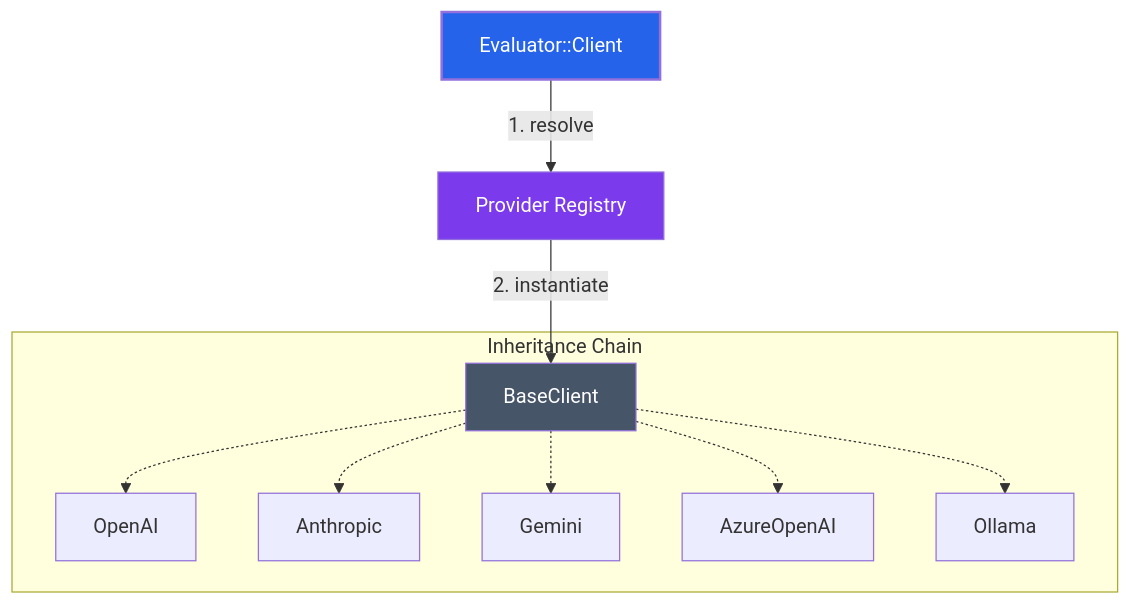
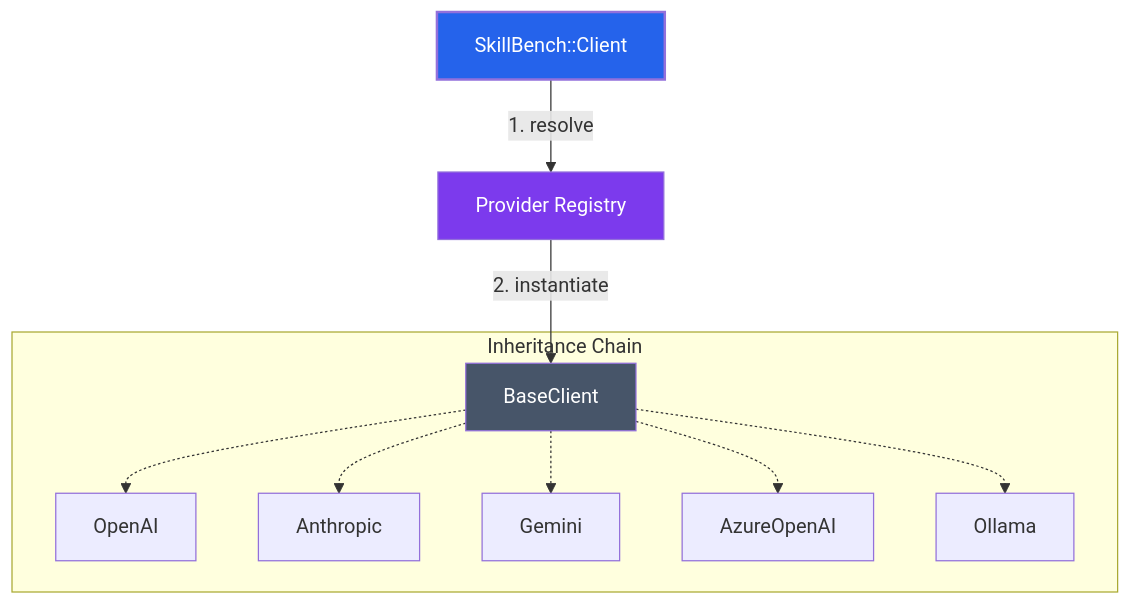
The diagram in lib/skill_bench/clients/README.md (igmarin/ruby-skill-bench), drawn with Mermaid before and after one commit. The commit also changed other lines of this file and 9 other files, not shown here.

````diff
--- a/lib/skill_bench/clients/README.md
+++ b/lib/skill_bench/clients/README.md
@@ -12,31 +12,31 @@
 ```mermaid
 graph TD
     %% Nodes
-    Dispatcher[Evaluator::Client]
+    Dispatcher[SkillBench::Client]
     Registry[Provider Registry]
     Base[BaseClient]
     
     %% Providers
     OpenAI[OpenAI]
     Anthropic[Anthropic]
     Gemini[Gemini]
     Azure[AzureOpenAI]
     Ollama[Ollama]
 
     %% Connections
     Dispatcher -->|1. resolve| Registry
     Registry -->|2. instantiate| Base
     
     subgraph "Inheritance Chain"
         Base -.-> OpenAI
         Base -.-> Anthropic
         Base -.-> Gemini
         Base -.-> Azure
         Base -.-> Ollama
     end
 
     %% Styling
     style Dispatcher fill:#2563eb,color:#fff,stroke-width:2px
     style Registry fill:#7c3aed,color:#fff
     style Base fill:#475569,color:#fff
 ```
````
